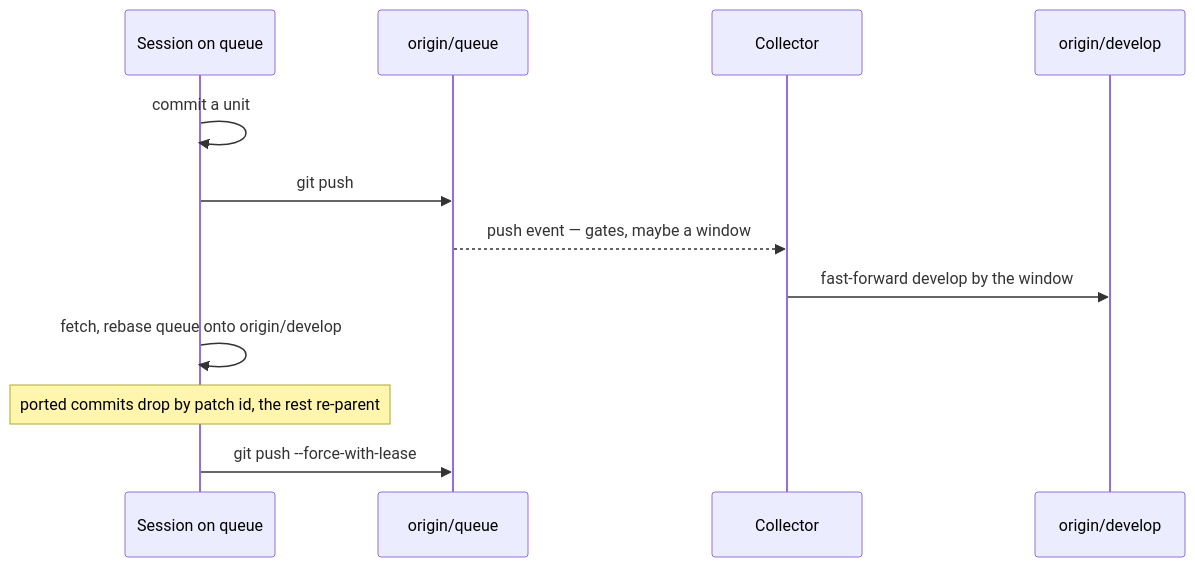
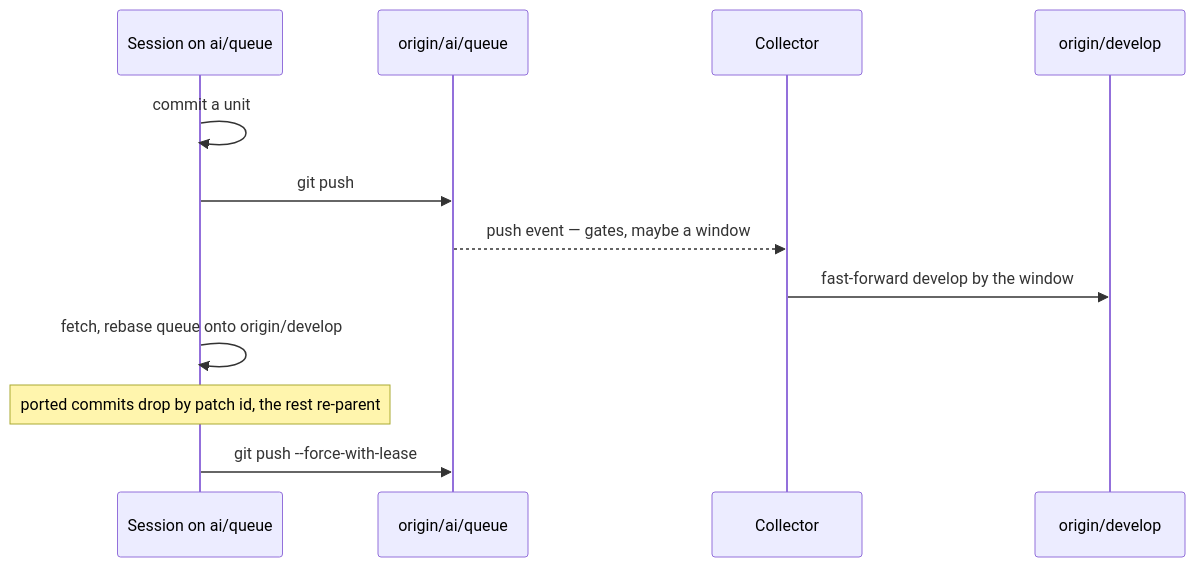
The diagram in apps/web/content/docs/infra/review-collector/two-writers.md (Esposter/Esposter), drawn with Mermaid before and after one commit. The commit also changed other lines of this file and 25 other files, not shown here.

````diff
--- a/apps/web/content/docs/infra/review-collector/two-writers.md
+++ b/apps/web/content/docs/infra/review-collector/two-writers.md
@@ -23,14 +23,14 @@
 ```mermaid
 sequenceDiagram
-  participant S as Session on queue
-  participant Q as origin/queue
+  participant S as Session on ai/queue
+  participant Q as origin/ai/queue
   participant C as Collector
   participant D as origin/develop
   S->>S: commit a unit
   S->>Q: git push
   Q-->>C: push event — gates, maybe a window
   C->>D: fast-forward develop by the window
   S->>S: fetch, rebase queue onto origin/develop
   Note over S: ported commits drop by patch id, the rest re-parent
   S->>Q: git push --force-with-lease
 ```
````
